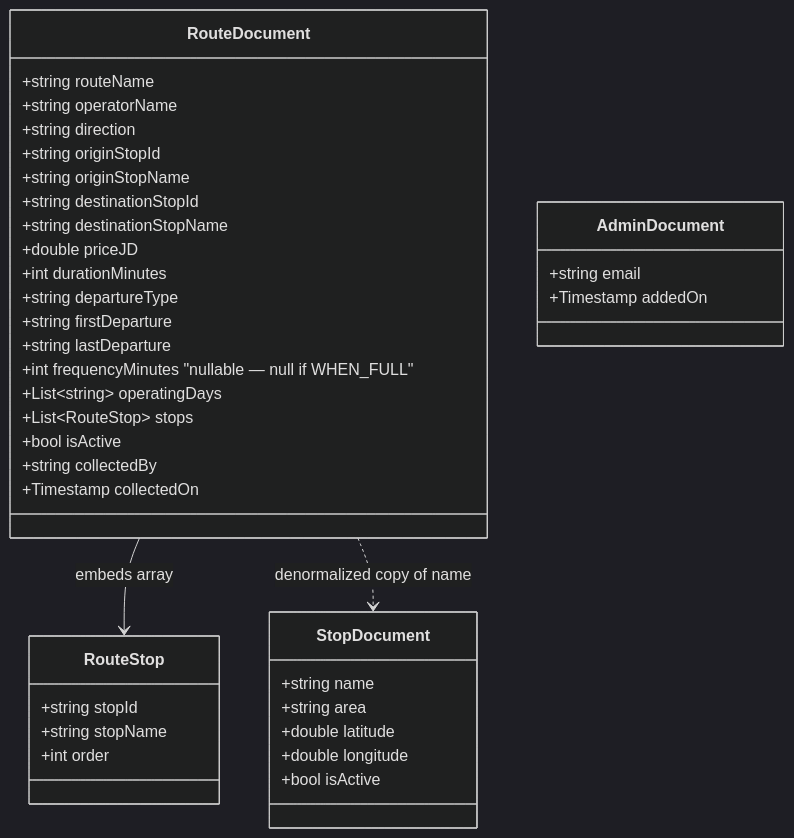
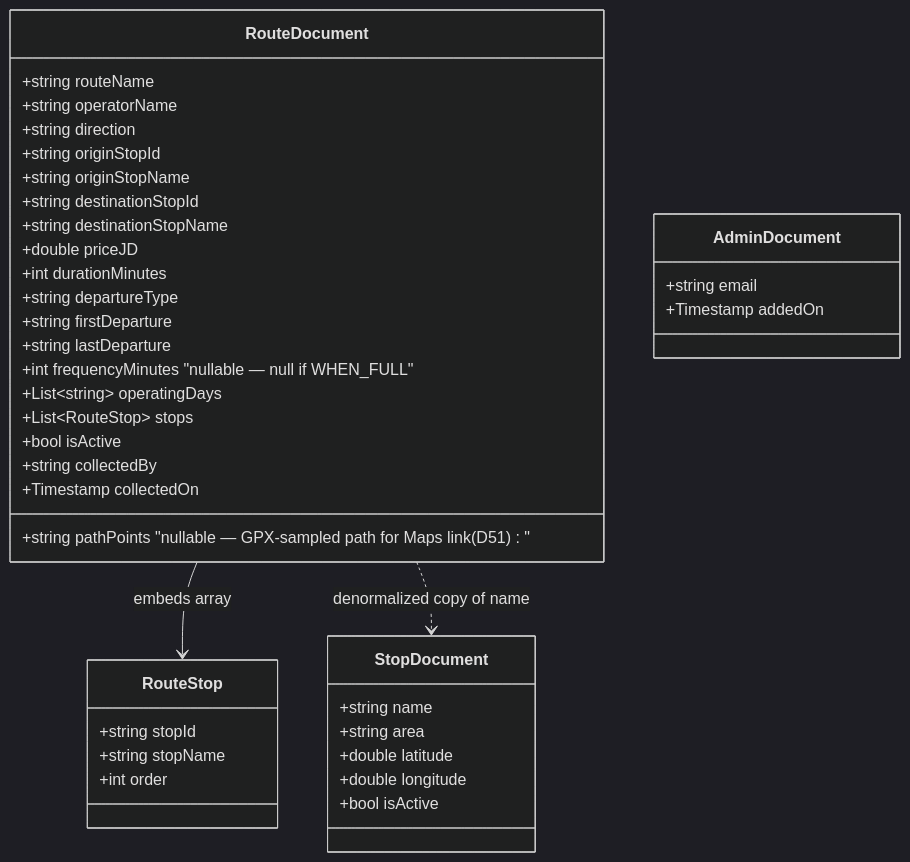
The diagram in docs/data-model.md (tariqsanjaq/coasterna), drawn with Mermaid (dark theme) before and after one commit. The commit also changed other lines of this file, not shown here.

Commit message:
docs: sync data-model.md with current schema (pathPoints, reports collection, rules)

````diff
--- a/docs/data-model.md
+++ b/docs/data-model.md
@@ -52,41 +68,42 @@
 ```mermaid
 classDiagram
     class StopDocument {
       +string name
       +string area
       +double latitude
       +double longitude
       +bool isActive
     }
     class RouteDocument {
       +string routeName
       +string operatorName
       +string direction
       +string originStopId
       +string originStopName
       +string destinationStopId
       +string destinationStopName
       +double priceJD
       +int durationMinutes
       +string departureType
       +string firstDeparture
       +string lastDeparture
       +int frequencyMinutes "nullable — null if WHEN_FULL"
       +List~string~ operatingDays
       +List~RouteStop~ stops
       +bool isActive
       +string collectedBy
       +Timestamp collectedOn
+      +string pathPoints "nullable — GPX-sampled path for Maps link (D51)"
     }
     class RouteStop {
       +string stopId
       +string stopName
       +int order
     }
     class AdminDocument {
       +string email
       +Timestamp addedOn
     }
     RouteDocument --> RouteStop : embeds array
     RouteDocument ..> StopDocument : denormalized copy of name
 ```
````
